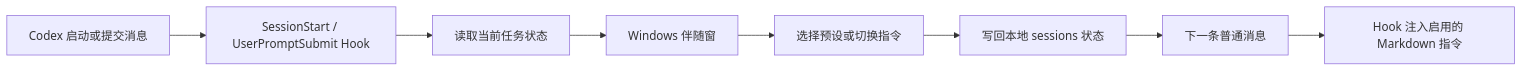
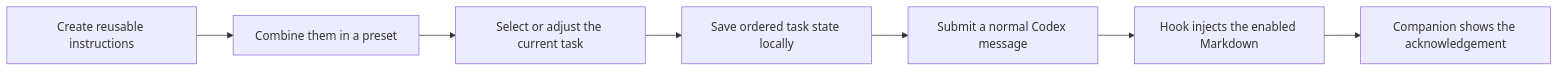
Before and after one commit to foryourhealth111-pixel/Silly-codex: the diagram in README.md, drawn with Mermaid. The commit also changed other lines of this file and 6 other files, not shown here.

````diff
--- a/README.md
+++ b/README.md
@@ -74,10 +62,9 @@
 ```mermaid
 flowchart LR
-    A[Codex 启动或提交消息] --> B[SessionStart / UserPromptSubmit Hook]
-    B --> C[读取当前任务状态]
-    C --> D[Windows 伴随窗]
-    D --> E[选择预设或切换指令]
-    E --> F[写回本地 sessions 状态]
-    F --> G[下一条普通消息]
-    G --> H[Hook 注入启用的 Markdown 指令]
+    A["Create reusable instructions"] --> B["Combine them in a preset"]
+    B --> C["Select or adjust the current task"]
+    C --> D["Save ordered task state locally"]
+    D --> E["Submit a normal Codex message"]
+    E --> F["Hook injects the enabled Markdown"]
+    F --> G["Companion shows the acknowledgement"]
 ```
````
